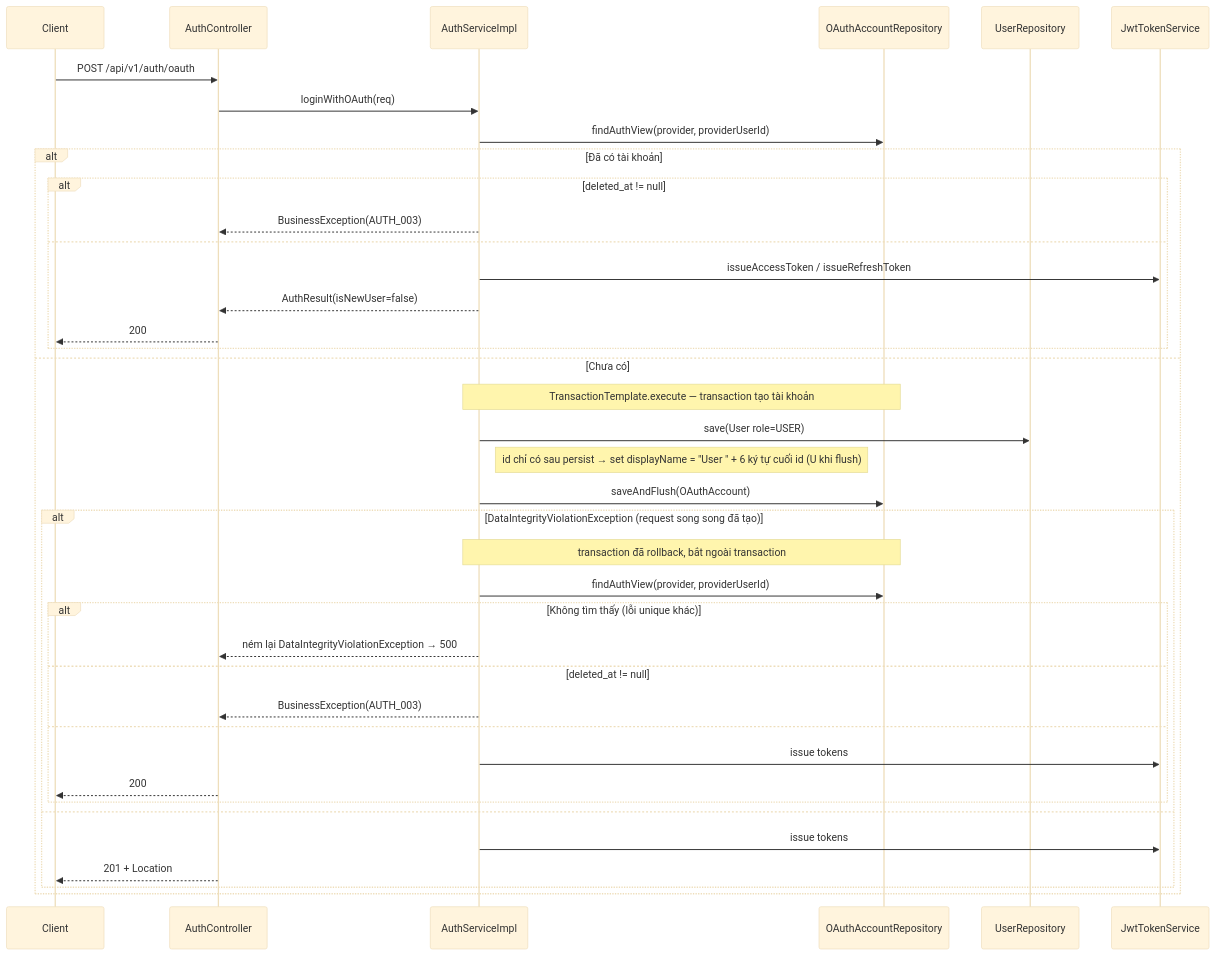
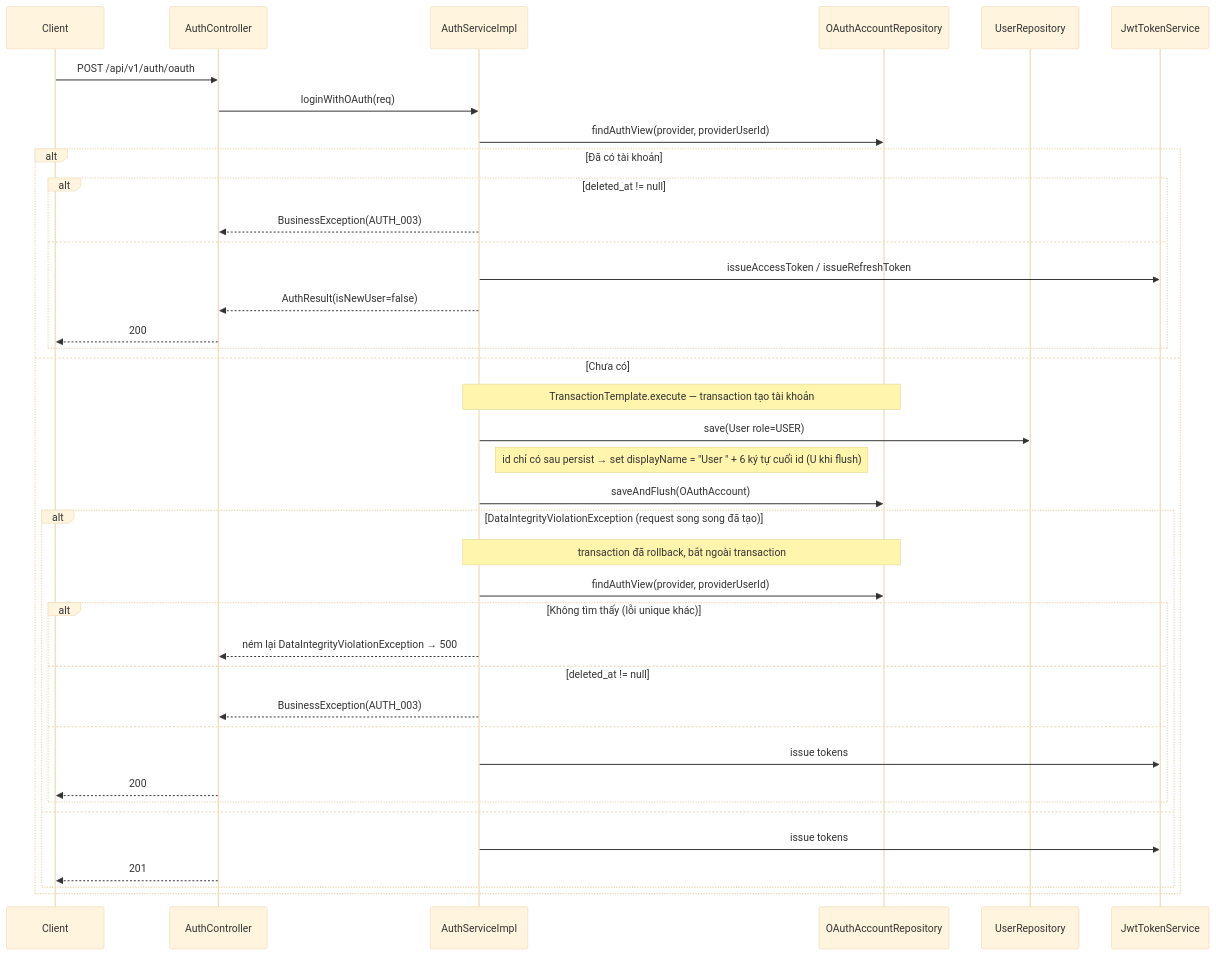
The first of 3 diagrams in docs/agent/design/USER-001/Processing_Flow.md (phananh2005/ArenaFlow-be), drawn with Mermaid (base theme) before and after one commit. The commit also changed other lines of this file and 12 other files, not shown here.

````diff
--- a/docs/agent/design/USER-001/Processing_Flow.md
+++ b/docs/agent/design/USER-001/Processing_Flow.md
@@ -24,42 +24,42 @@
 ```mermaid
 sequenceDiagram
     participant C as Client
     participant AC as AuthController
     participant AS as AuthServiceImpl
     participant OR as OAuthAccountRepository
     participant UR as UserRepository
     participant JW as JwtTokenService
 
     C->>AC: POST /api/v1/auth/oauth
     AC->>AS: loginWithOAuth(req)
     AS->>OR: findAuthView(provider, providerUserId)
     alt Đã có tài khoản
         alt deleted_at != null
             AS-->>AC: BusinessException(AUTH_003)
         else
             AS->>JW: issueAccessToken / issueRefreshToken
             AS-->>AC: AuthResult(isNewUser=false)
             AC-->>C: 200
         end
     else Chưa có
         Note over AS,OR: TransactionTemplate.execute — transaction tạo tài khoản
         AS->>UR: save(User role=USER)
         Note right of AS: id chỉ có sau persist → set displayName = "User " + 6 ký tự cuối id (U khi flush)
         AS->>OR: saveAndFlush(OAuthAccount)
         alt DataIntegrityViolationException (request song song đã tạo)
             Note over AS,OR: transaction đã rollback, bắt ngoài transaction
             AS->>OR: findAuthView(provider, providerUserId)
             alt Không tìm thấy (lỗi unique khác)
                 AS-->>AC: ném lại DataIntegrityViolationException → 500
             else deleted_at != null
                 AS-->>AC: BusinessException(AUTH_003)
             else
                 AS->>JW: issue tokens
                 AC-->>C: 200
             end
         else
             AS->>JW: issue tokens
-            AC-->>C: 201 + Location
+            AC-->>C: 201
         end
     end
 ```
````
